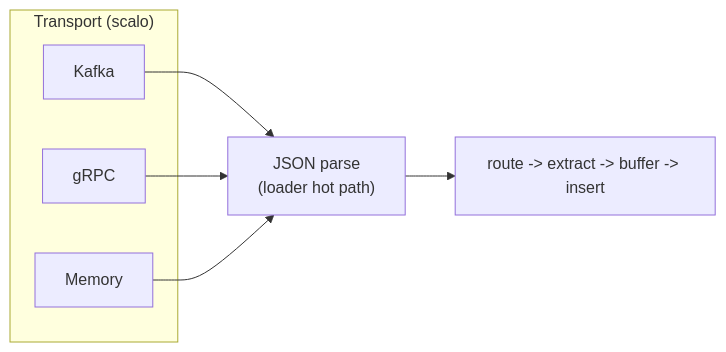
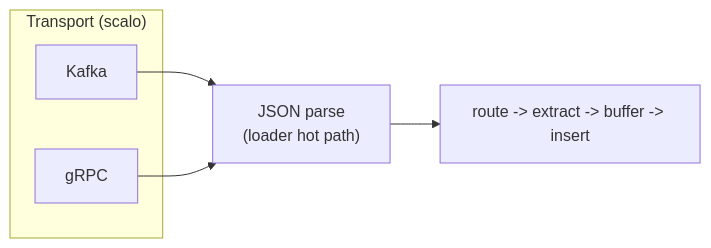
The diagram in docs/transport/README.md (hyperi-io/dfe-loader), drawn with Mermaid before and after one commit. The commit also changed other lines of this file and 30 other files, not shown here.

````diff
--- a/docs/transport/README.md
+++ b/docs/transport/README.md
@@ -21,15 +15,13 @@
 ```mermaid
 flowchart LR
     subgraph scalo["Transport (scalo)"]
         K["Kafka"]
         G["gRPC"]
-        M["Memory"]
     end
     P["JSON parse<br/>(loader hot path)"]
     REST["route -> extract -> buffer -> insert"]
 
     K --> P
     G --> P
-    M --> P
     P --> REST
 ```
````
